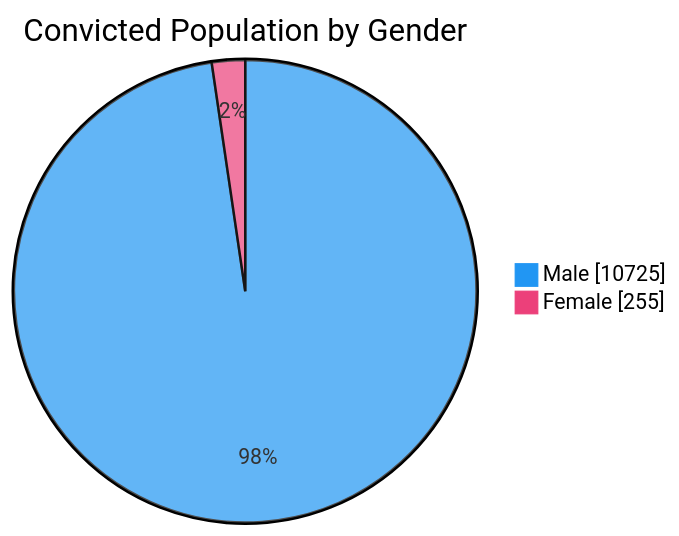
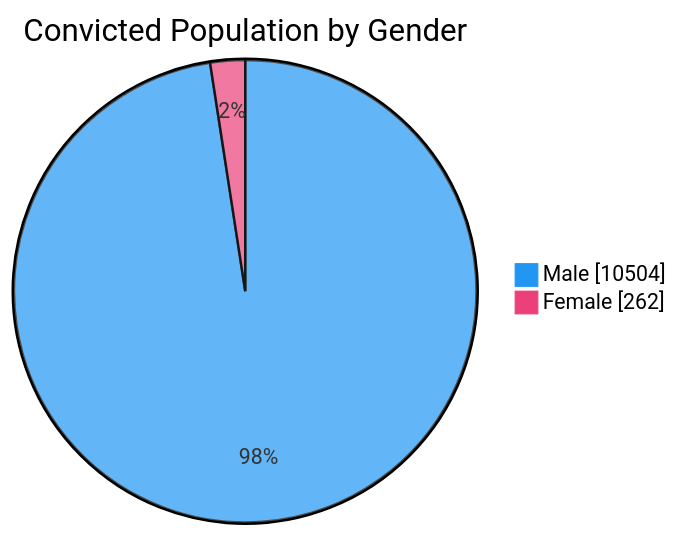
One commit to nuuuwan/lk_prisons changed the third of 7 diagrams in README.md. Above: the diagram before and after it, drawn with Mermaid. The commit also changed other lines of this file and 1 other file, not shown here.

````diff
--- a/README.md
+++ b/README.md
@@ -65,6 +65,6 @@
 ```mermaid
 %%{init: {'themeVariables': {'pie1': '#2196F3', 'pie2': '#EC407A'}}}%%
 pie showData title Convicted Population by Gender
-    "Male" : 10725
-    "Female" : 255
+    "Male" : 10504
+    "Female" : 262
 ```
````
